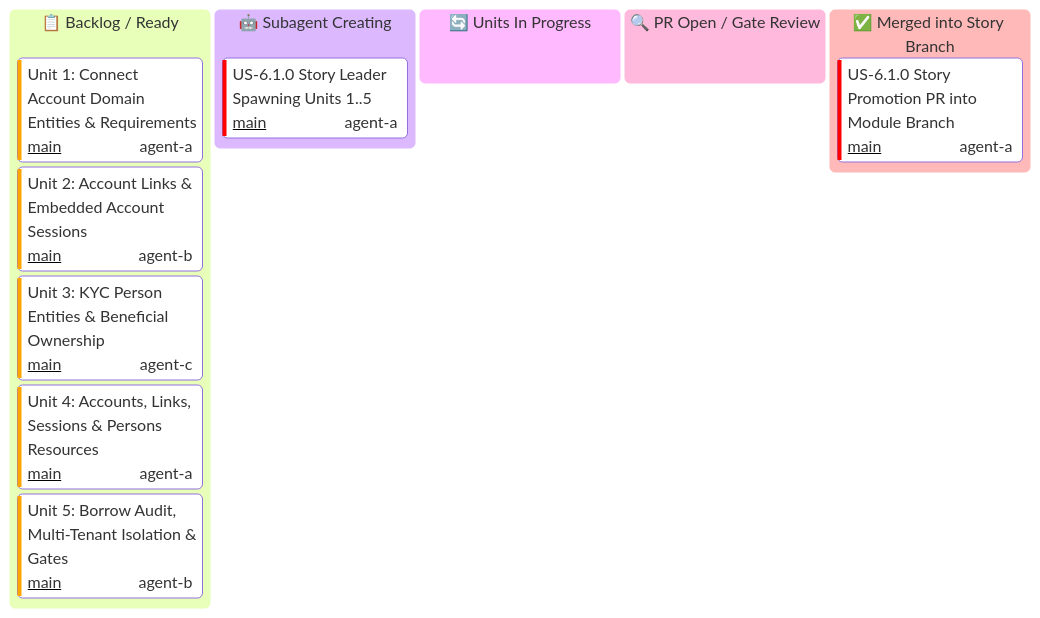
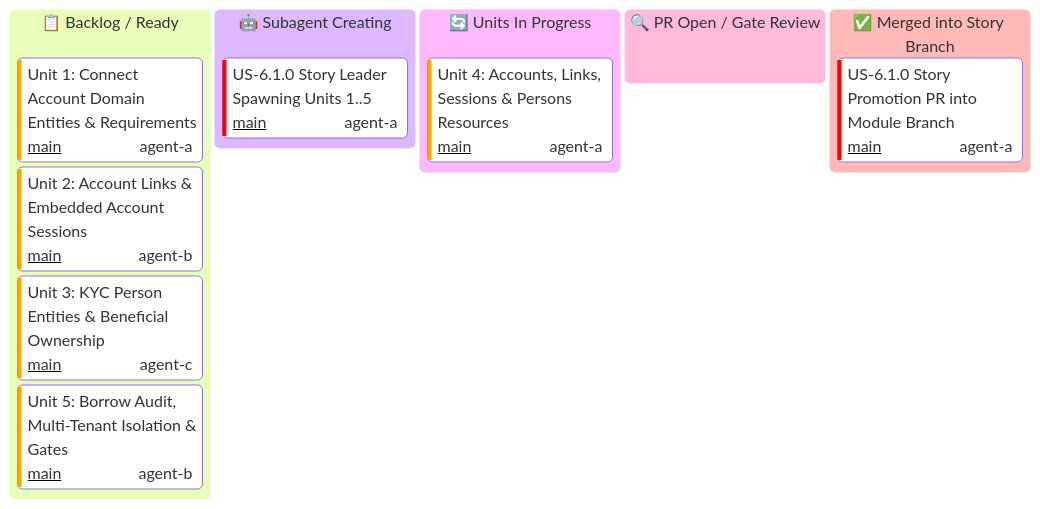
One commit to some-of-cs/some-stripe changed the diagram in docs/user-stories/module-6-connect-and-marketplaces/US-6.1.0-KANBAN.md. Above: the diagram before and after it, drawn with Mermaid. The commit also changed other lines of this file and 13 other files, not shown here.

Commit message:
feat(us-6.1.0/unit-4): accounts, links, sessions and persons resources

````diff
--- a/docs/user-stories/module-6-connect-and-marketplaces/US-6.1.0-KANBAN.md
+++ b/docs/user-stories/module-6-connect-and-marketplaces/US-6.1.0-KANBAN.md
@@ -15,20 +15,20 @@
 ```mermaid
 ---
 config:
   kanban:
     ticketBaseUrl: 'https://github.com/some-of-cs/some-stripe/pull/#TICKET#'
 ---
 kanban
   todo[📋 Backlog / Ready]
     u611[Unit 1: Connect Account Domain Entities & Requirements]@{ ticket: 'main', assigned: 'agent-a', priority: 'High' }
     u612[Unit 2: Account Links & Embedded Account Sessions]@{ ticket: 'main', assigned: 'agent-b', priority: 'High' }
     u613[Unit 3: KYC Person Entities & Beneficial Ownership]@{ ticket: 'main', assigned: 'agent-c', priority: 'High' }
-    u614[Unit 4: Accounts, Links, Sessions & Persons Resources]@{ ticket: 'main', assigned: 'agent-a', priority: 'High' }
     u615[Unit 5: Borrow Audit, Multi-Tenant Isolation & Gates]@{ ticket: 'main', assigned: 'agent-b', priority: 'High' }
   spawning[🤖 Subagent Creating]
     s61_spawning[US-6.1.0 Story Leader Spawning Units 1..5]@{ ticket: 'main', assigned: 'agent-a', priority: 'Very High' }
   in_progress[🔄 Units In Progress]
+    u614[Unit 4: Accounts, Links, Sessions & Persons Resources]@{ ticket: 'main', assigned: 'agent-a', priority: 'High' }
   review[🔍 PR Open / Gate Review]
   done[✅ Merged into Story Branch]
     s61_pr[US-6.1.0 Story Promotion PR into Module Branch]@{ ticket: 'main', assigned: 'agent-a', priority: 'Very High' }
 ```
````
